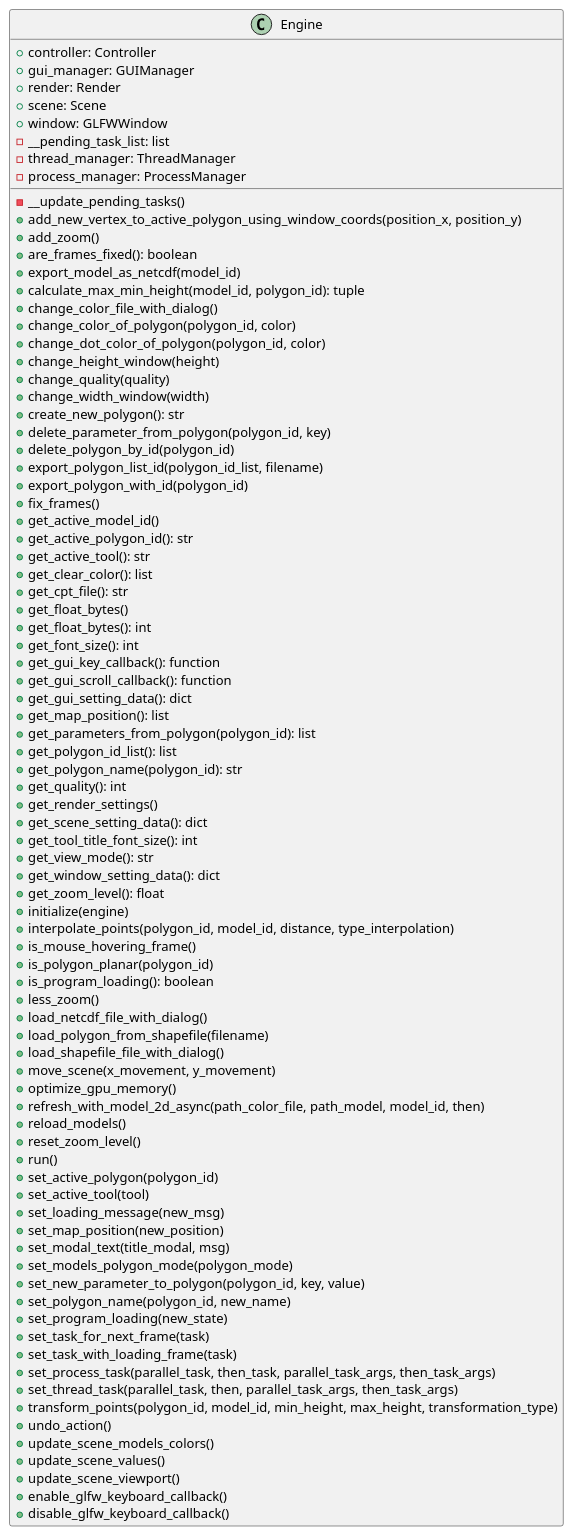
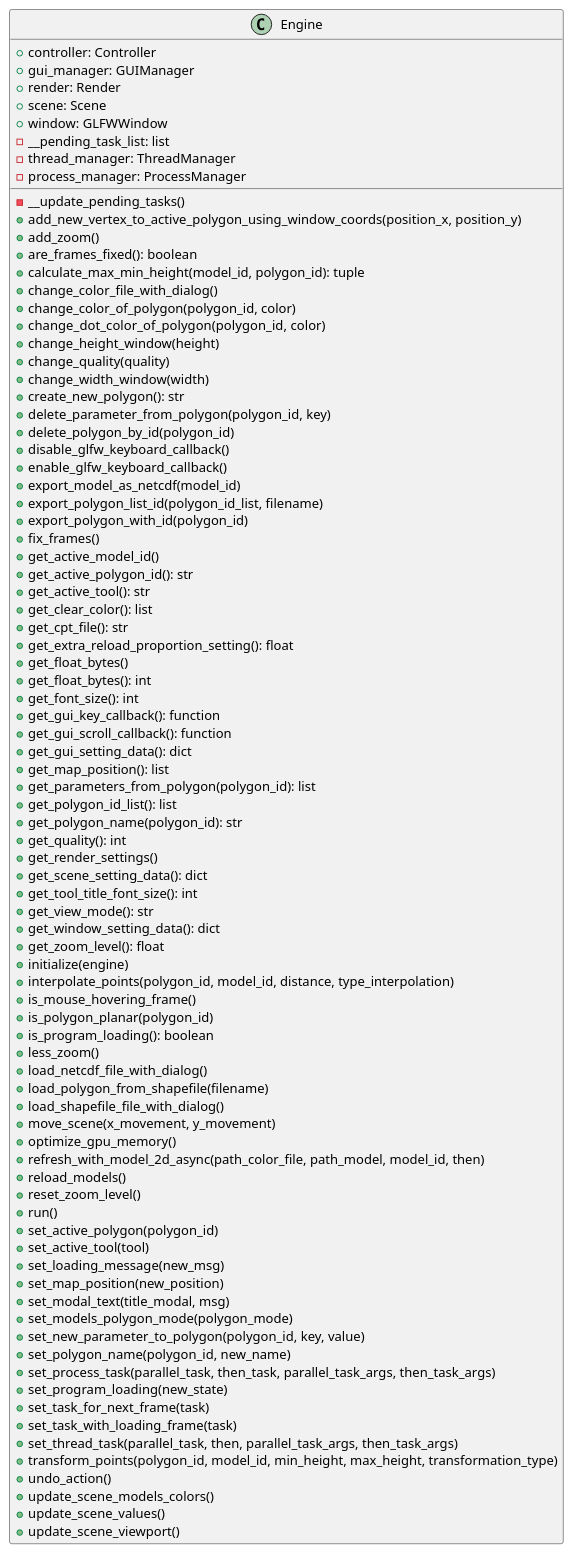
The diagram in docs/classes/Engine.puml (ferpoble2/Relief_Creator), drawn with PlantUML before and after one commit. The commit also changed 6 other files, not shown here.

```diff
--- a/docs/classes/Engine.puml
+++ b/docs/classes/Engine.puml
@@ -1,89 +1,90 @@
 @startuml
 class Engine {
     + controller: Controller
     + gui_manager: GUIManager
     + render: Render
     + scene: Scene
     + window: GLFWWindow
     - __pending_task_list: list
     - thread_manager: ThreadManager
     - process_manager: ProcessManager
 
     - __update_pending_tasks()
     + add_new_vertex_to_active_polygon_using_window_coords(position_x, position_y)
     + add_zoom()
     + are_frames_fixed(): boolean
-    + export_model_as_netcdf(model_id)
     + calculate_max_min_height(model_id, polygon_id): tuple
     + change_color_file_with_dialog()
     + change_color_of_polygon(polygon_id, color)
     + change_dot_color_of_polygon(polygon_id,  color)
     + change_height_window(height)
     + change_quality(quality)
     + change_width_window(width)
     + create_new_polygon(): str
     + delete_parameter_from_polygon(polygon_id, key)
     + delete_polygon_by_id(polygon_id)
+    + disable_glfw_keyboard_callback()
+    + enable_glfw_keyboard_callback()
+    + export_model_as_netcdf(model_id)
     + export_polygon_list_id(polygon_id_list, filename)
     + export_polygon_with_id(polygon_id)
     + fix_frames()
     + get_active_model_id()
     + get_active_polygon_id(): str
     + get_active_tool(): str
     + get_clear_color(): list
     + get_cpt_file(): str
+    + get_extra_reload_proportion_setting(): float
     + get_float_bytes()
     + get_float_bytes(): int
     + get_font_size(): int
     + get_gui_key_callback(): function
     + get_gui_scroll_callback(): function
     + get_gui_setting_data(): dict
     + get_map_position(): list
     + get_parameters_from_polygon(polygon_id): list
     + get_polygon_id_list(): list
     + get_polygon_name(polygon_id): str
     + get_quality(): int
     + get_render_settings()
     + get_scene_setting_data(): dict
     + get_tool_title_font_size(): int
     + get_view_mode(): str
     + get_window_setting_data(): dict
     + get_zoom_level(): float
     + initialize(engine)
     + interpolate_points(polygon_id, model_id, distance, type_interpolation)
     + is_mouse_hovering_frame()
     + is_polygon_planar(polygon_id)
     + is_program_loading(): boolean
     + less_zoom()
     + load_netcdf_file_with_dialog()
     + load_polygon_from_shapefile(filename)
     + load_shapefile_file_with_dialog()
     + move_scene(x_movement, y_movement)
     + optimize_gpu_memory()
     + refresh_with_model_2d_async(path_color_file, path_model, model_id, then)
     + reload_models()
     + reset_zoom_level()
     + run()
     + set_active_polygon(polygon_id)
     + set_active_tool(tool)
     + set_loading_message(new_msg)
     + set_map_position(new_position)
     + set_modal_text(title_modal, msg)
     + set_models_polygon_mode(polygon_mode)
     + set_new_parameter_to_polygon(polygon_id, key, value)
     + set_polygon_name(polygon_id, new_name)
+    + set_process_task(parallel_task, then_task, parallel_task_args, then_task_args)
     + set_program_loading(new_state)
     + set_task_for_next_frame(task)
     + set_task_with_loading_frame(task)
-    + set_process_task(parallel_task, then_task, parallel_task_args, then_task_args)
     + set_thread_task(parallel_task, then, parallel_task_args, then_task_args)
     + transform_points(polygon_id, model_id, min_height, max_height, transformation_type)
     + undo_action()
     + update_scene_models_colors()
     + update_scene_values()
     + update_scene_viewport()
-    + enable_glfw_keyboard_callback()
-    + disable_glfw_keyboard_callback()
 }
 
 @enduml
```
